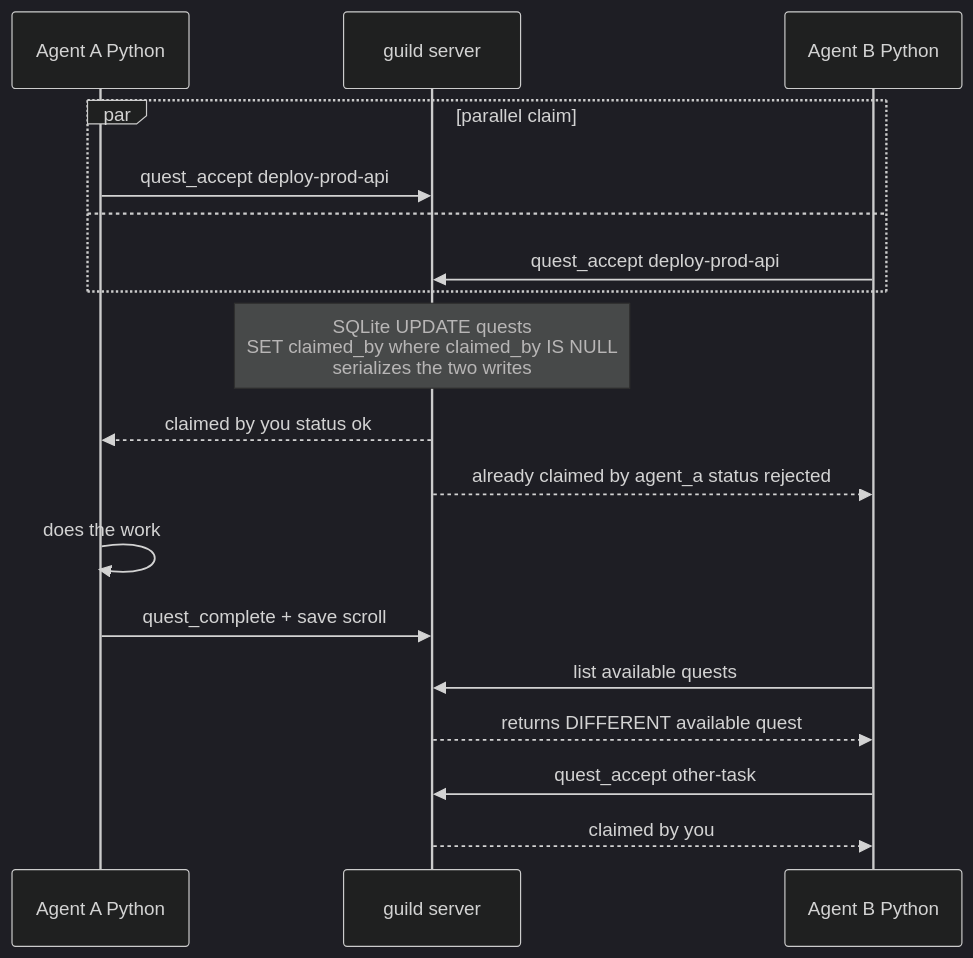
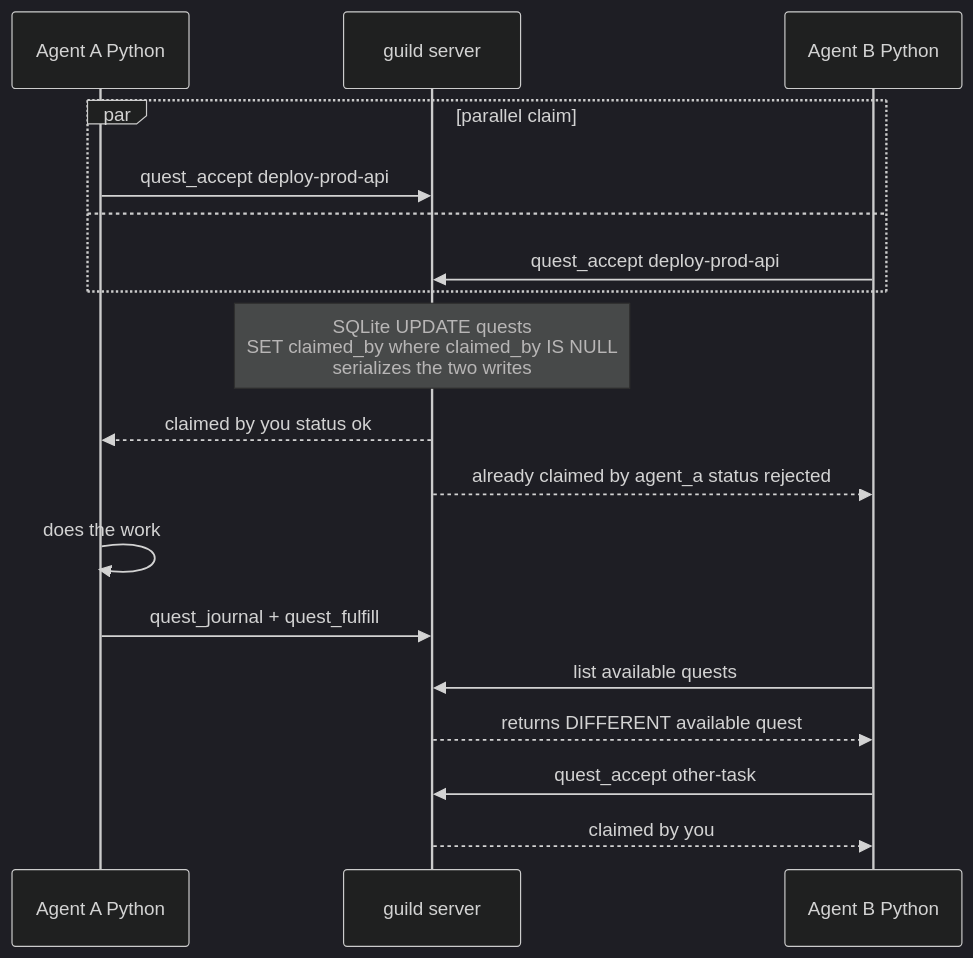
One commit to shaneliuyx/agent-development-curriculum changed the second of 2 diagrams in Week 3.5.5 - Multi-Agent Shared Memory.md. Above: the diagram before and after it, drawn with Mermaid (dark theme). The commit also changed other lines of this file, not shown here.

````diff
--- a/Week 3.5.5 - Multi-Agent Shared Memory.md
+++ b/Week 3.5.5 - Multi-Agent Shared Memory.md
@@ -155,23 +155,23 @@
 ```mermaid
 sequenceDiagram
   participant A as Agent A Python
   participant G as guild server
   participant B as Agent B Python
 
   par parallel claim
     A->>G: quest_accept deploy-prod-api
   and
     B->>G: quest_accept deploy-prod-api
   end
 
   Note over G: SQLite UPDATE quests<br/>SET claimed_by where claimed_by IS NULL<br/>serializes the two writes
   G-->>A: claimed by you status ok
   G-->>B: already claimed by agent_a status rejected
 
   A->>A: does the work
-  A->>G: quest_complete + save scroll
+  A->>G: quest_journal + quest_fulfill
   B->>G: list available quests
   G-->>B: returns DIFFERENT available quest
   B->>G: quest_accept other-task
   G-->>B: claimed by you
 ```
````
